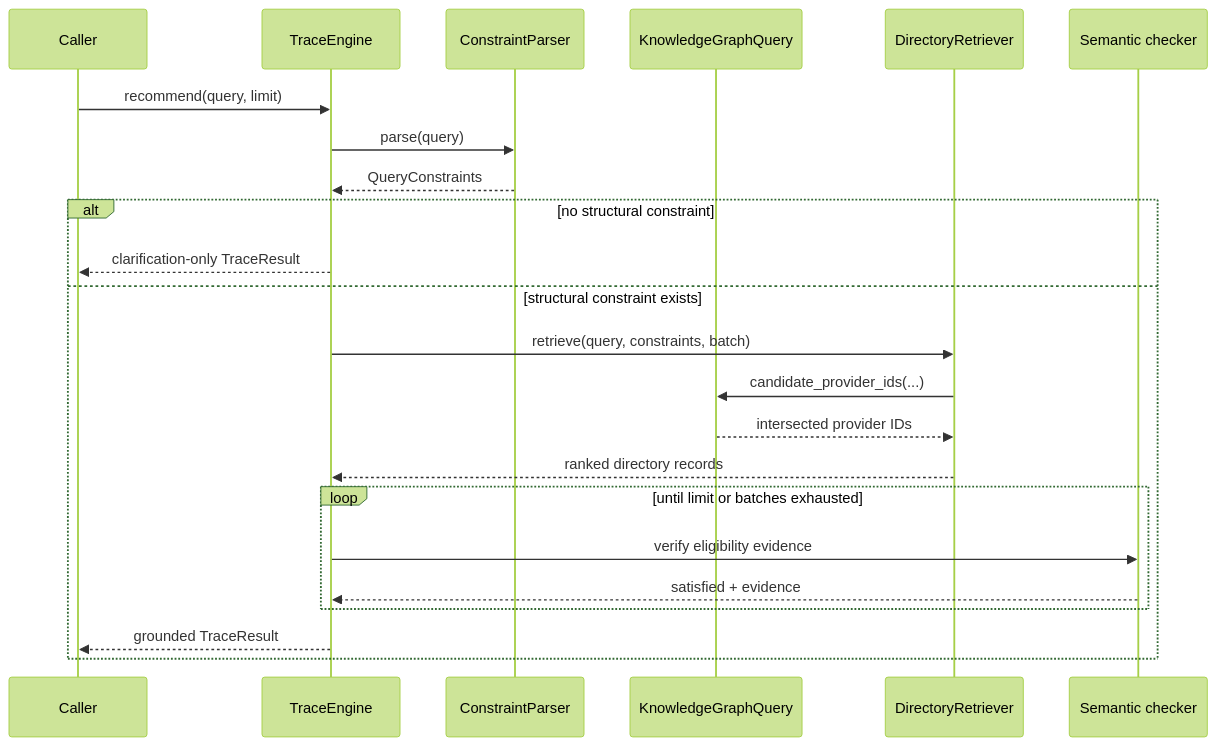
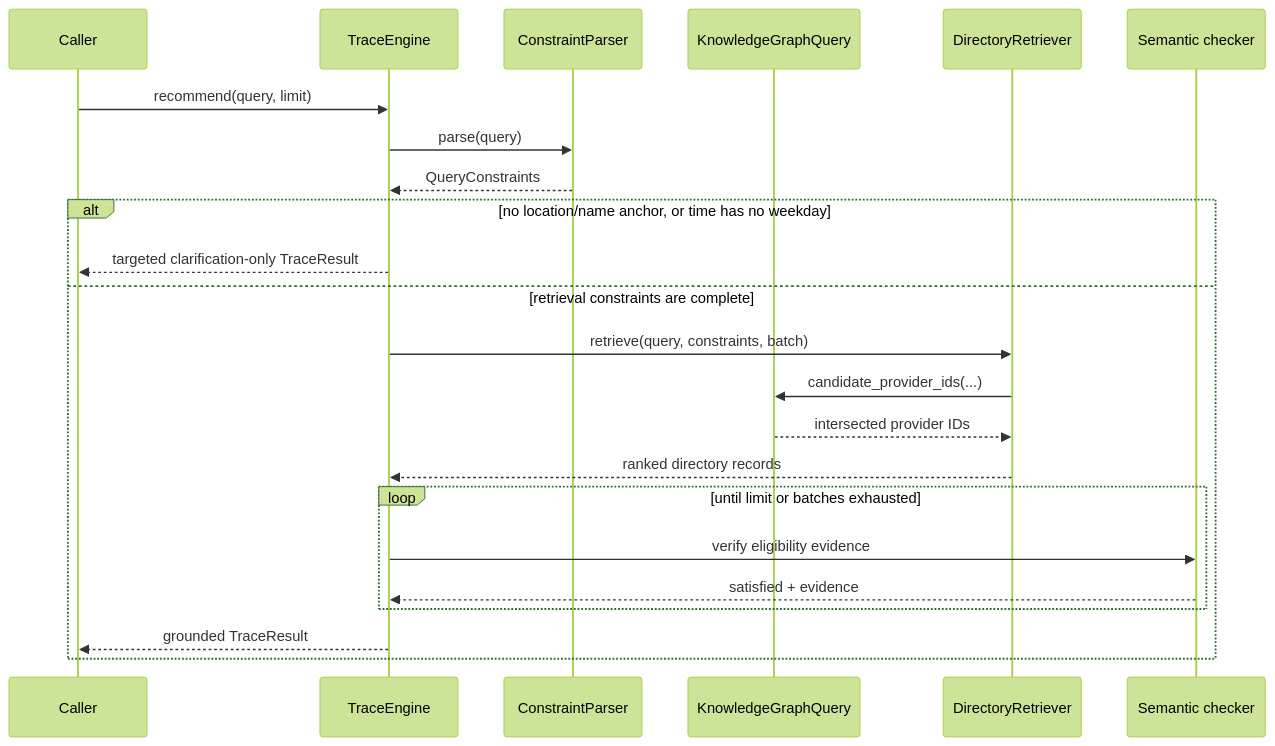
Before and after one commit to touseefhasan/trace-public-service: the diagram in docs/architecture.md, drawn with Mermaid (forest theme). The commit also changed other lines of this file and 10 other files, not shown here.

````diff
--- a/docs/architecture.md
+++ b/docs/architecture.md
@@ -24,25 +25,25 @@
 ```mermaid
 sequenceDiagram
     participant U as Caller
     participant E as TraceEngine
     participant C as ConstraintParser
     participant K as KnowledgeGraphQuery
     participant R as DirectoryRetriever
     participant S as Semantic checker
     U->>E: recommend(query, limit)
     E->>C: parse(query)
     C-->>E: QueryConstraints
-    alt no structural constraint
-        E-->>U: clarification-only TraceResult
-    else structural constraint exists
+    alt no location/name anchor, or time has no weekday
+        E-->>U: targeted clarification-only TraceResult
+    else retrieval constraints are complete
         E->>R: retrieve(query, constraints, batch)
         R->>K: candidate_provider_ids(...)
         K-->>R: intersected provider IDs
         R-->>E: ranked directory records
         loop until limit or batches exhausted
             E->>S: verify eligibility evidence
             S-->>E: satisfied + evidence
         end
         E-->>U: grounded TraceResult
     end
 ```
````
